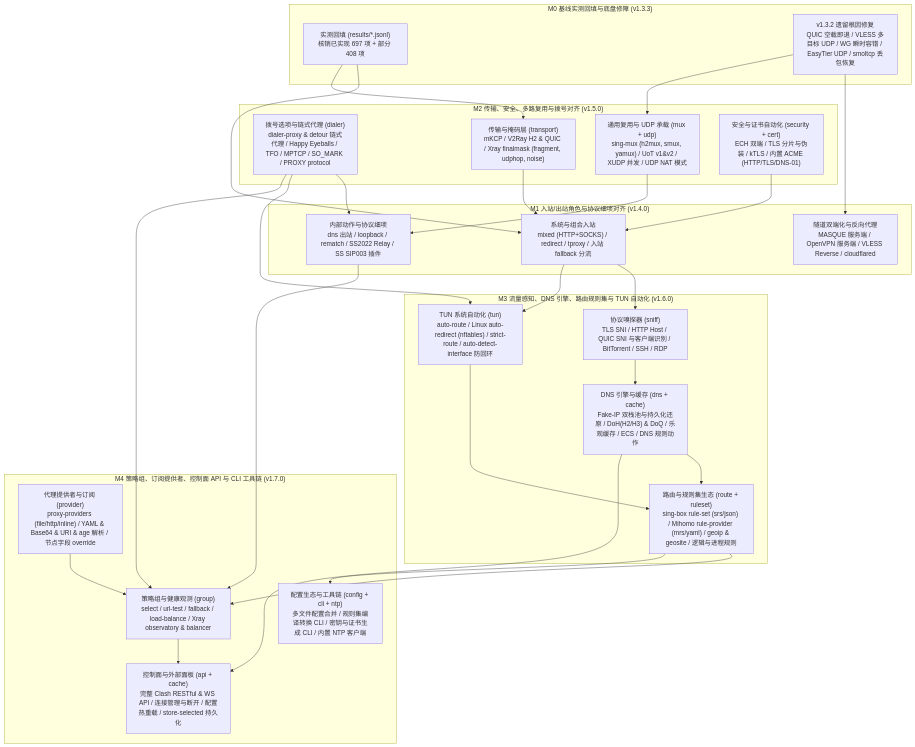
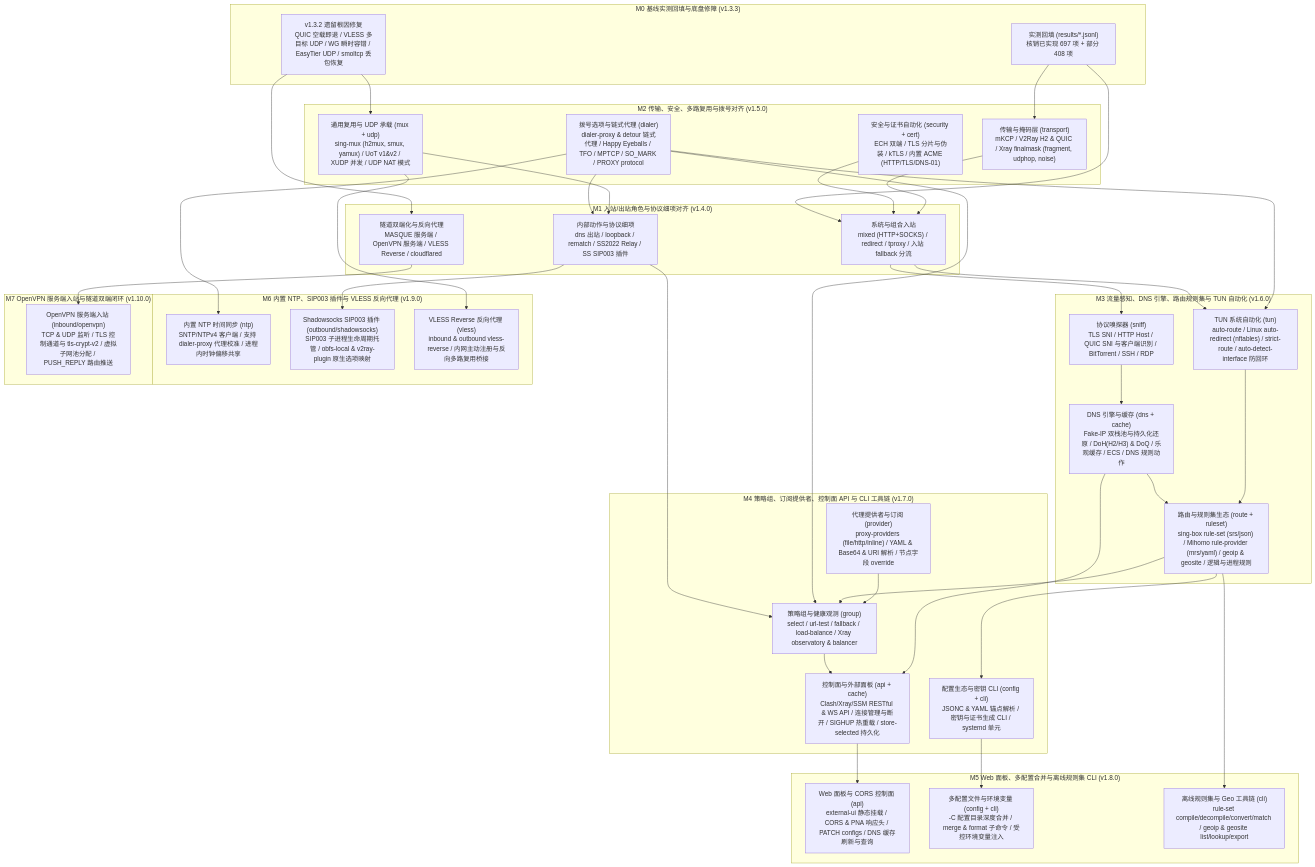
Before and after one commit to yuuuki-creation/kerlico: the diagram in STATUS.md, drawn with Mermaid. The commit also changed other lines of this file and 18 other files, not shown here.

Commit message:
feat(control,config,cli): 完成 M5 Web 面板、多配置合并与规则集/Geo 离线 CLI 工具链（v1.8.0）

````diff
--- a/STATUS.md
+++ b/STATUS.md
@@ -59,9 +62,25 @@
 
   subgraph M4["M4 策略组、订阅提供者、控制面 API 与 CLI 工具链 (v1.7.0)"]
     M4_GRP["策略组与健康观测 (group)<br/>select / url-test / fallback / load-balance / Xray observatory & balancer"]
-    M4_PRV["代理提供者与订阅 (provider)<br/>proxy-providers (file/http/inline) / YAML & Base64 & URI & age 解析 / 节点字段 override"]
-    M4_API["控制面与外部面板 (api + cache)<br/>完整 Clash RESTful & WS API / 连接管理与断开 / 配置热重载 / store-selected 持久化"]
-    M4_CLI["配置生态与工具链 (config + cli + ntp)<br/>多文件配置合并 / 规则集编译转换 CLI / 密钥与证书生成 CLI / 内置 NTP 客户端"]
+    M4_PRV["代理提供者与订阅 (provider)<br/>proxy-providers (file/http/inline) / YAML & Base64 & URI 解析 / 节点字段 override"]
+    M4_API["控制面与外部面板 (api + cache)<br/>Clash/Xray/SSM RESTful & WS API / 连接管理与断开 / SIGHUP 热重载 / store-selected 持久化"]
+    M4_CLI["配置生态与密钥 CLI (config + cli)<br/>JSONC & YAML 锚点解析 / 密钥与证书生成 CLI / systemd 单元"]
+  end
+
+  subgraph M5["M5 Web 面板、多配置合并与离线规则集 CLI (v1.8.0)"]
+    M5_UI["Web 面板与 CORS 控制面 (api)<br/>external-ui 静态挂载 / CORS & PNA 响应头 / PATCH configs / DNS 缓存刷新与查询"]
+    M5_CFG["多配置文件与环境变量 (config + cli)<br/>-C 配置目录深度合并 / merge & format 子命令 / 受控环境变量注入"]
+    M5_RS["离线规则集与 Geo 工具链 (cli)<br/>rule-set compile/decompile/convert/match / geoip & geosite list/lookup/export"]
+  end
+
+  subgraph M6["M6 内置 NTP、SIP003 插件与 VLESS 反向代理 (v1.9.0)"]
+    M6_NTP["内置 NTP 时间同步 (ntp)<br/>SNTP/NTPv4 客户端 / 支持 dialer-proxy 代理校准 / 进程内时钟偏移共享"]
+    M6_SIP["Shadowsocks SIP003 插件 (outbound/shadowsocks)<br/>SIP003 子进程生命周期托管 / obfs-local & v2ray-plugin 原生选项映射"]
+    M6_REV["VLESS Reverse 反向代理 (vless)<br/>inbound & outbound vless-reverse / 内网主动注册与反向多路复用桥接"]
+  end
+
+  subgraph M7["M7 OpenVPN 服务端入站与隧道双端闭环 (v1.10.0)"]
+    M7_OVPN["OpenVPN 服务端入站 (inbound/openvpn)<br/>TCP & UDP 监听 / TLS 控制通道与 tls-crypt-v2 / 虚拟子网池分配 / PUSH_REPLY 路由推送"]
   end
 
   M0_1 --> M1_IN
@@ -88,4 +107,12 @@
   M4_GRP --> M4_API
   M3_DNS --> M4_API
   M3_ROUTE --> M4_CLI
+
+  M4_API --> M5_UI
+  M4_CLI --> M5_CFG
+  M3_ROUTE --> M5_RS
+  M2_DIAL --> M6_NTP
+  M1_OUT --> M6_SIP
+  M2_MUX --> M6_REV
+  M1_END --> M7_OVPN
 ```
````
